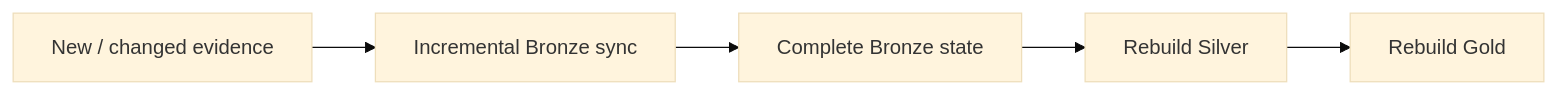
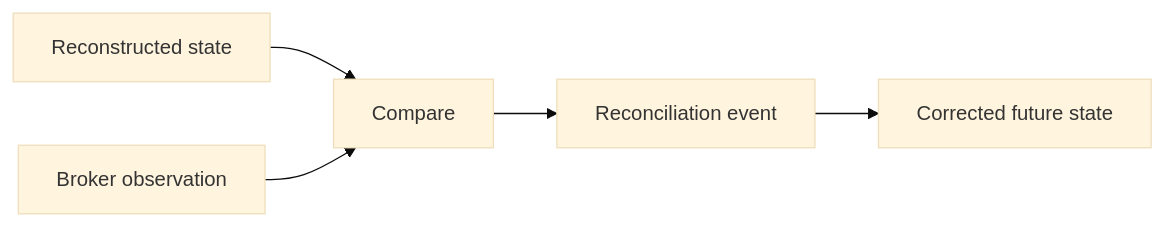
Before and after one commit to tks18/personal-finance-etl: the second of 3 diagrams in docs/about/project.md, drawn with Mermaid (base theme). The commit also changed other lines of this file and 2 other files, not shown here.

````diff
--- a/docs/about/project.md
+++ b/docs/about/project.md
@@ -130,7 +149,12 @@
 ```mermaid
 flowchart LR
-    NEW["New / changed evidence"] --> B["Incremental Bronze sync"]
-    B --> ALL["Complete Bronze state"]
-    ALL --> S["Rebuild Silver"]
-    S --> G["Rebuild Gold"]
+    RECONSTRUCTED["Reconstructed state"]
+    OBSERVED["Broker observation"]
+    COMPARE["Compare"]
+    EVENT["Reconciliation event"]
+    CORRECTED["Corrected future state"]
+
+    RECONSTRUCTED --> COMPARE
+    OBSERVED --> COMPARE
+    COMPARE --> EVENT --> CORRECTED
 ```
````
